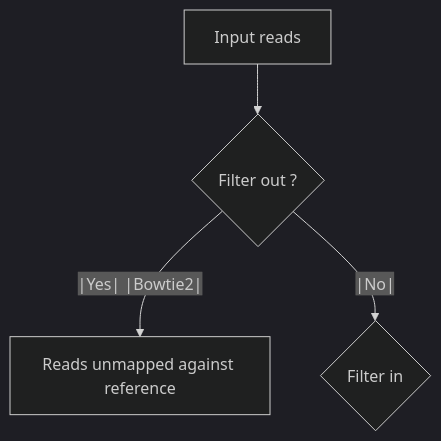
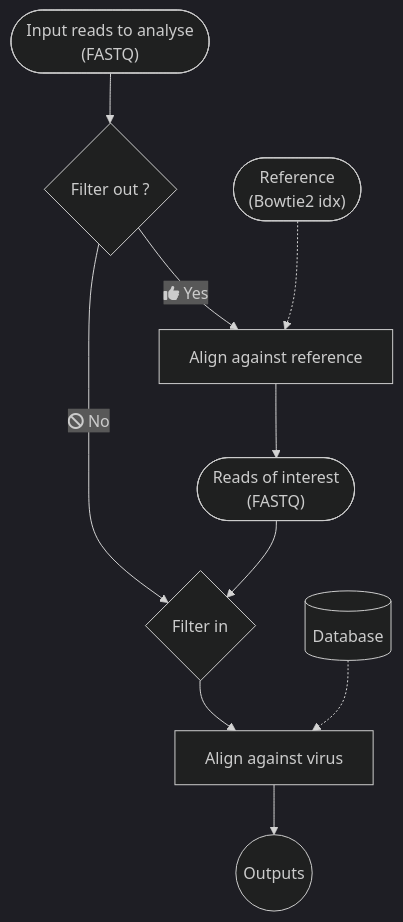
The diagram in README.md (srh-bzd/ViroScan), drawn with Mermaid (dark theme) before and after one commit.

````diff
--- a/README.md
+++ b/README.md
@@ -5,6 +5,15 @@
 ```mermaid
-flowchart TD;
- A[Input reads] --> B{Filter out ?};
- B -- |Yes| |Bowtie2| --> C[Reads unmapped against reference];
- B -- |No|--> D{Filter in};
+flowchart TD
+    A(["`Input reads to analyse 
+    (FASTQ)`"]) --> B{Filter out ?};
+    B -- fa:fa-ban No --> F{Filter in};
+    B -- fa:fa-thumbs-up Yes --> C[Align against reference];
+    D(["`Reference
+    (Bowtie2 idx)`"]) -.-> C;
+    C --> E(["`Reads of interest 
+    (FASTQ)`"]);
+    E --> F;
+    F --> G[Align against virus];
+    H[(Database)] -.-> G;
+    G --> I((Outputs));
 ```
````
